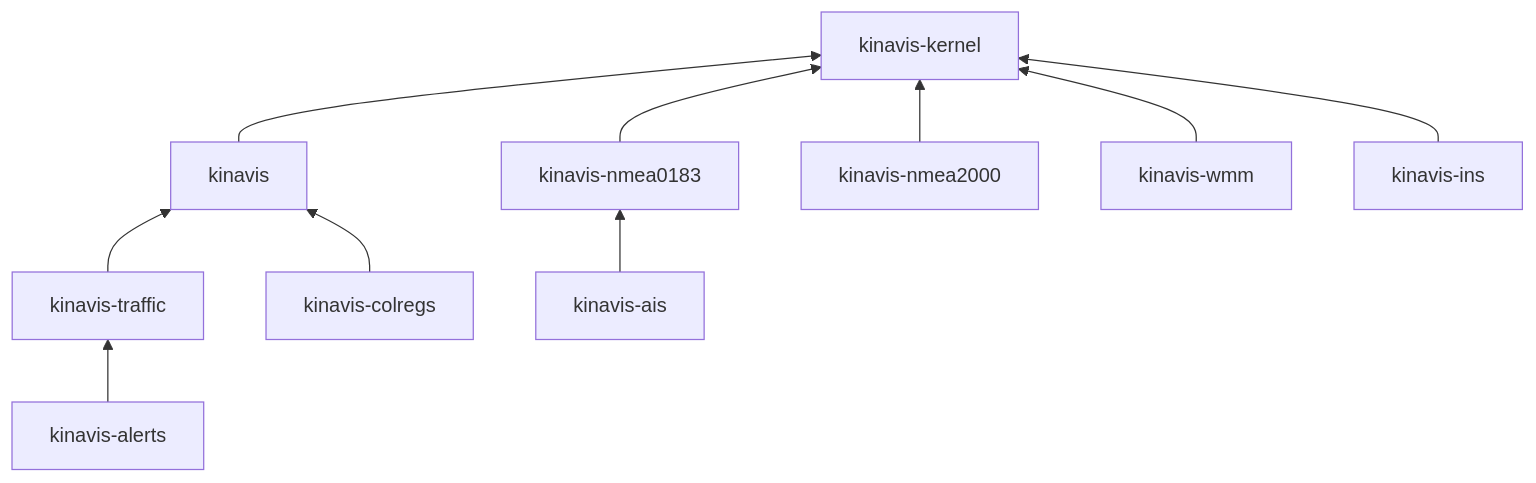
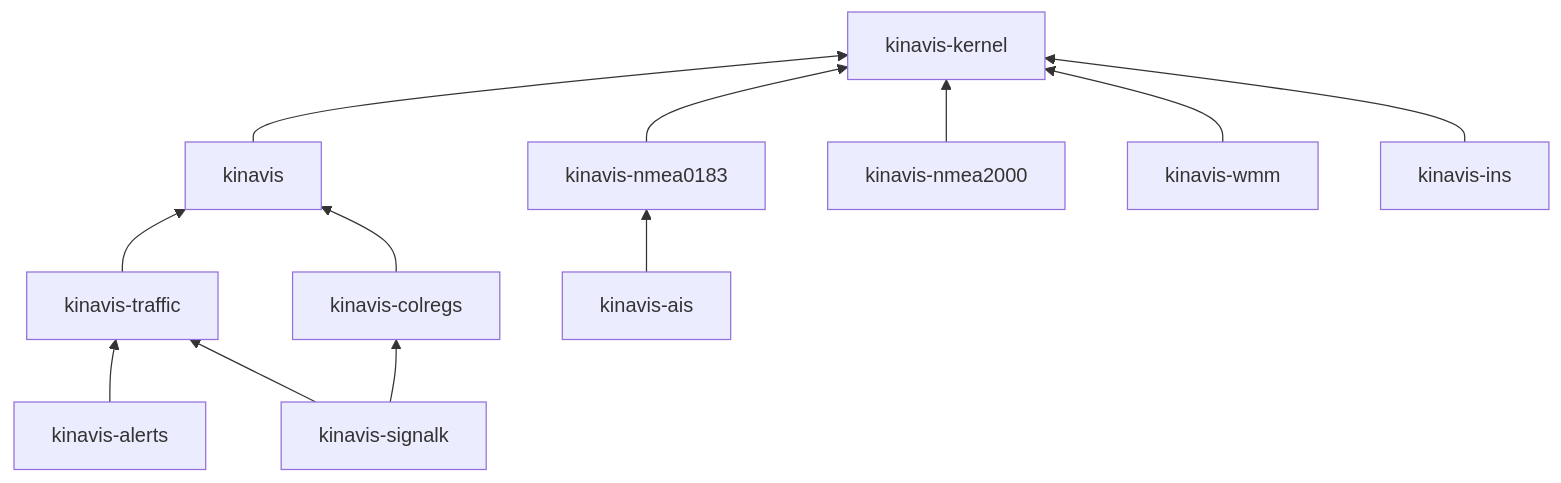
The diagram in README.md (KINAVIS/kinavis), drawn with Mermaid before and after one commit. The commit also changed other lines of this file and 13 other files, not shown here.

First line of the commit message:
feat(signalk): kinavis-signalk, Signal K deltas in, CPA/TCPA and the COLREGs ruling out (#5)

````diff
--- a/README.md
+++ b/README.md
@@ -71,13 +71,15 @@
 ```mermaid
 graph BT
     kernel[kinavis-kernel]
     kinavis --> kernel
     nmea0183[kinavis-nmea0183] --> kernel
     nmea2000[kinavis-nmea2000] --> kernel
     wmm[kinavis-wmm] --> kernel
     ins[kinavis-ins] --> kernel
     ais[kinavis-ais] --> nmea0183
     traffic[kinavis-traffic] --> kinavis
     colregs[kinavis-colregs] --> kinavis
     alerts[kinavis-alerts] --> traffic
+    signalk[kinavis-signalk] --> traffic
+    signalk --> colregs
 ```
````
